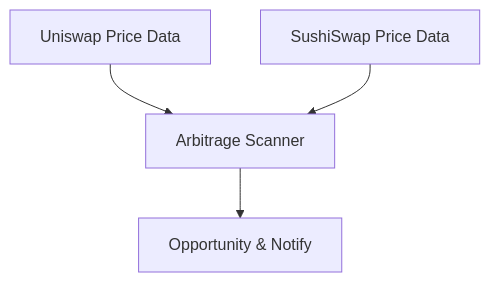
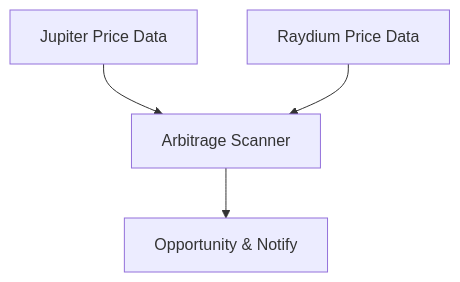
The diagram in en/playbooks/tutorials/build-arbitrage-scanner.mdx (chainstream-io/docs), drawn with Mermaid before and after one commit. The commit also changed other lines of this file and 657 other files, not shown here.

First line of the commit message:
feat: comprehensive docs overhaul — GraphQL, i18n, DeFi, playbooks

````diff
--- a/en/playbooks/tutorials/build-arbitrage-scanner.mdx
+++ b/en/playbooks/tutorials/build-arbitrage-scanner.mdx
@@ -25,6 +29,6 @@
 ```mermaid
 flowchart TD
-    A[Uniswap Price Data] --> C[Arbitrage Scanner]
-    B[SushiSwap Price Data] --> C
+    A[Jupiter Price Data] --> C[Arbitrage Scanner]
+    B[Raydium Price Data] --> C
     C --> D[Opportunity & Notify]
 ```
````
